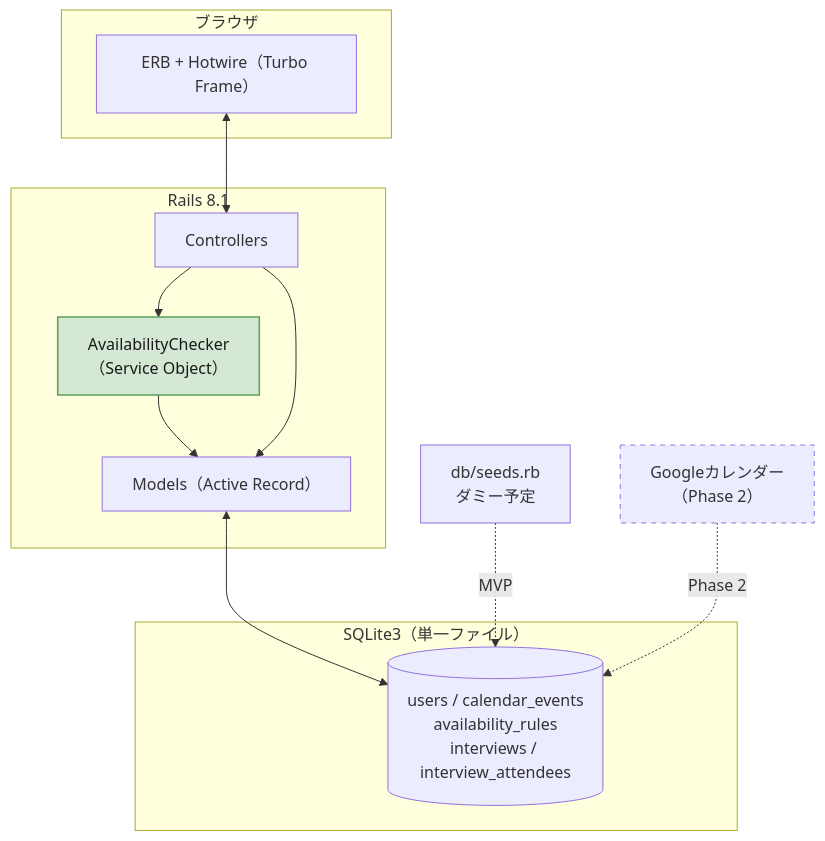
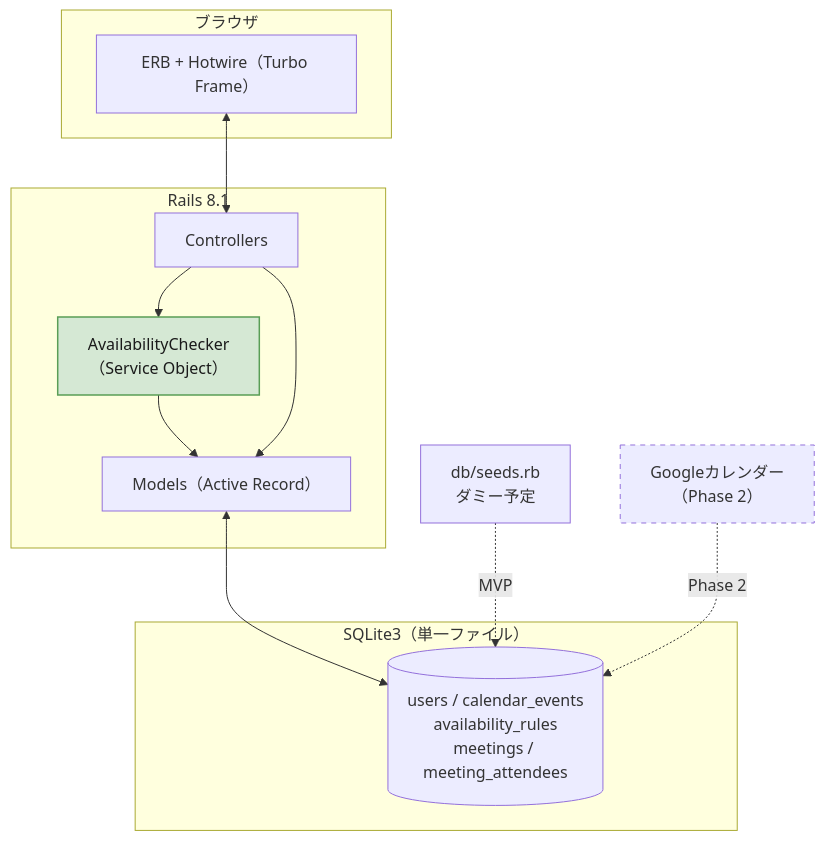
One commit to yuito-ouchi/interview-scheduler changed the first of 5 diagrams in docs/仕様書_MVP.md. Above: the diagram before and after it, drawn with Mermaid. The commit also changed other lines of this file and 8 other files, not shown here.

````diff
--- a/docs/仕様書_MVP.md
+++ b/docs/仕様書_MVP.md
@@ -71,27 +71,27 @@
 ```mermaid
 flowchart TB
     subgraph BROWSER["ブラウザ"]
         UI["ERB + Hotwire（Turbo Frame）"]
     end
     subgraph RAILS["Rails 8.1"]
         C["Controllers"]
         S["AvailabilityChecker<br/>（Service Object）"]
         M["Models（Active Record）"]
     end
     subgraph DB["SQLite3（単一ファイル）"]
-        T[("users / calendar_events<br/>availability_rules<br/>interviews / interview_attendees")]
+        T[("users / calendar_events<br/>availability_rules<br/>meetings / meeting_attendees")]
     end
     SEED["db/seeds.rb<br/>ダミー予定"]
     GC["Googleカレンダー<br/>（Phase 2）"]
 
     UI <--> C
     C --> S
     S --> M
     C --> M
     M <--> T
     SEED -.->|"MVP"| T
     GC -.->|"Phase 2"| T
 
     style S fill:#D5E8D4,stroke:#5A9E56,stroke-width:1.5px,color:#1A1A1A
     style GC stroke-dasharray: 5 5
 ```
````
